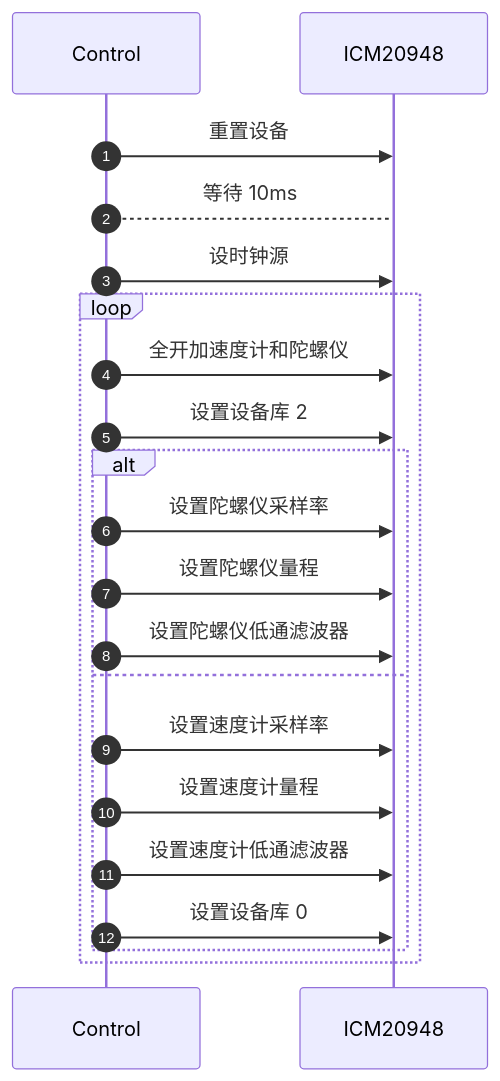
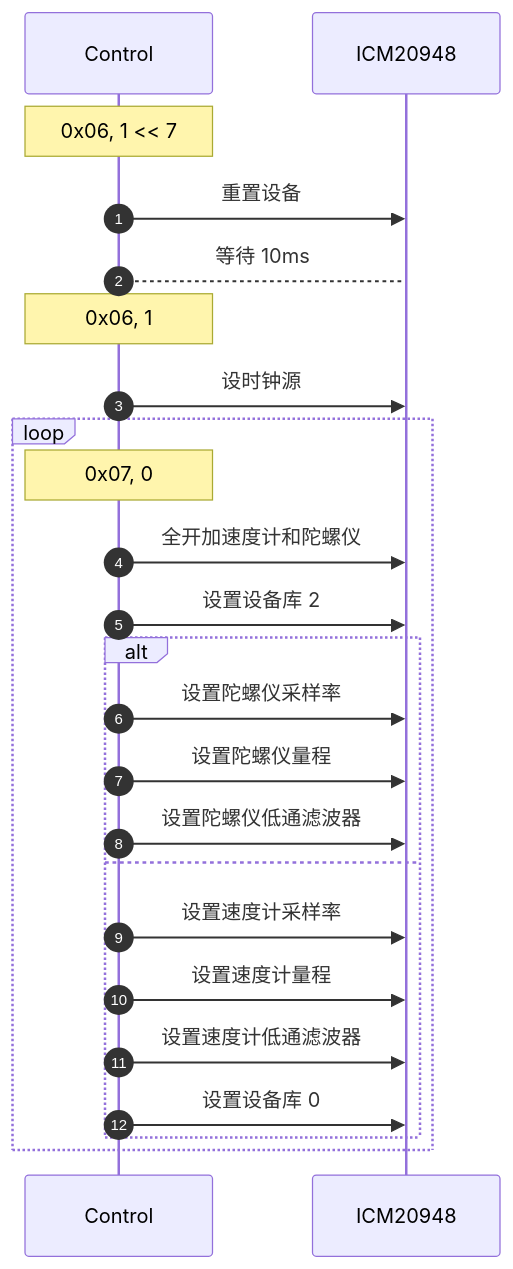
One commit to hkdickyko/hkdickyko.github.io changed the second of 3 diagrams in _posts/2025-04-06-mdchart.md. Above: the diagram before and after it, drawn with Mermaid. The commit also changed other lines of this file, not shown here.

```diff
--- a/_posts/2025-04-06-mdchart.md
+++ b/_posts/2025-04-06-mdchart.md
@@ -142,23 +144,26 @@
 <div class="mermaid">
 sequenceDiagram;
    autonumber;
    participant C as Control;
    participant I as ICM20948;
+   note over C: 0x06, 1 << 7;
    C->>I: 重置设备;
    C-->I: 等待 10ms
+   note over C: 0x06, 1;
    C->>I: 设时钟源;
    loop;
+   note over C: 0x07, 0;
    C->>I: 全开加速度计和陀螺仪;
    C->>I: 设置设备库 2;
    alt;
    C->>I: 设置陀螺仪采样率;
    C->>I: 设置陀螺仪量程;
    C->>I: 设置陀螺仪低通滤波器;
    else;
    C->>I: 设置速度计采样率;
    C->>I: 设置速度计量程;
    C->>I: 设置速度计低通滤波器;
    C->>I: 设置设备库 0;
    end
    end
 </div>
```
